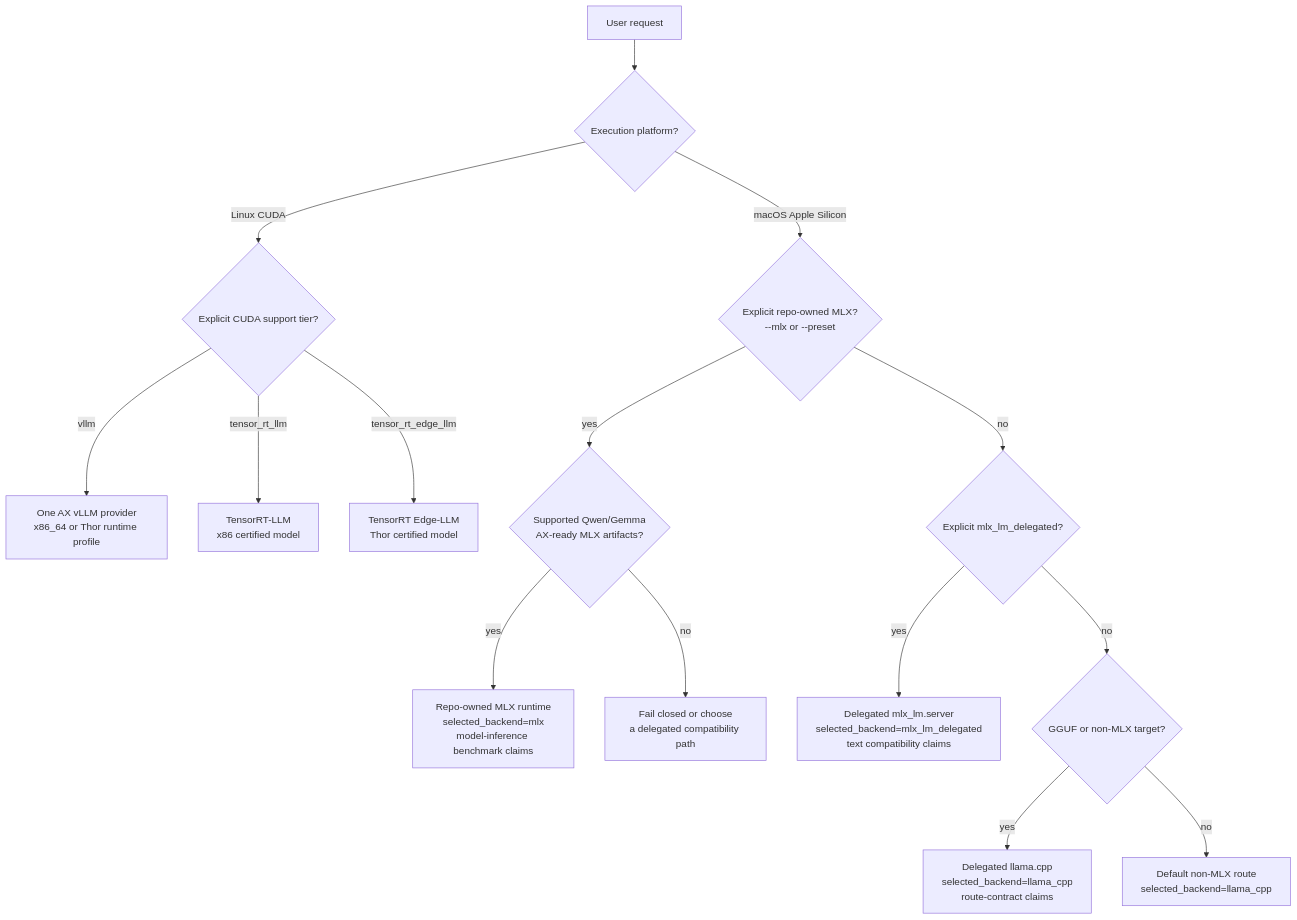
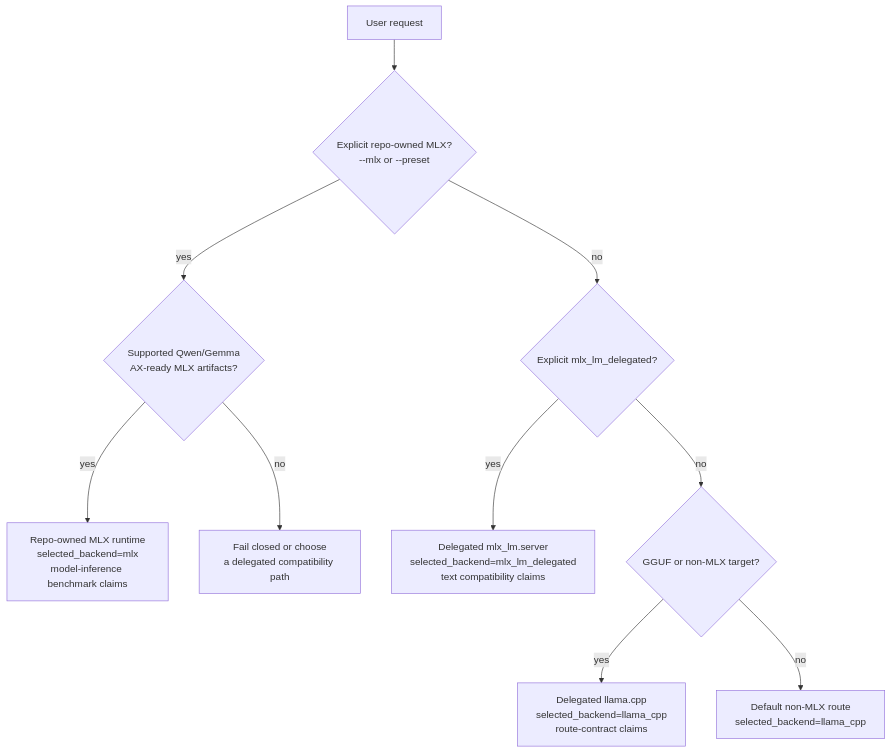
The diagram in docs/GETTING-STARTED.md (defai-digital/ax-engine), drawn with Mermaid before and after one commit. The commit also changed other lines of this file and 50 other files, not shown here.

````diff
--- a/docs/GETTING-STARTED.md
+++ b/docs/GETTING-STARTED.md
@@ -40,17 +33,12 @@
 ```mermaid
 flowchart TD
-    request["User request"] --> platform{"Execution platform?"}
-    platform -->|macOS Apple Silicon| explicitMlx{"Explicit repo-owned MLX?\n--mlx or --preset"}
-    platform -->|Linux CUDA| cuda{"Explicit CUDA support tier?"}
-    cuda -->|vllm| vllm["One AX vLLM provider\nx86_64 or Thor runtime profile"]
-    cuda -->|tensor_rt_llm| trt["TensorRT-LLM\nx86 certified model"]
-    cuda -->|tensor_rt_edge_llm| edge["TensorRT Edge-LLM\nThor certified model"]
+    request["User request"] --> explicitMlx{"Explicit repo-owned MLX?\n--mlx or --preset"}
     explicitMlx -->|yes| supportedMlx{"Supported Qwen/Gemma\nAX-ready MLX artifacts?"}
     supportedMlx -->|yes| mlx["Repo-owned MLX runtime\nselected_backend=mlx\nmodel-inference benchmark claims"]
     supportedMlx -->|no| unsupported["Fail closed or choose\na delegated compatibility path"]
     explicitMlx -->|no| delegatedMlx{"Explicit mlx_lm_delegated?"}
     delegatedMlx -->|yes| mlxLm["Delegated mlx_lm.server\nselected_backend=mlx_lm_delegated\ntext compatibility claims"]
     delegatedMlx -->|no| gguf{"GGUF or non-MLX target?"}
     gguf -->|yes| llama["Delegated llama.cpp\nselected_backend=llama_cpp\nroute-contract claims"]
     gguf -->|no| llamaDefault["Default non-MLX route\nselected_backend=llama_cpp"]
 ```
````
